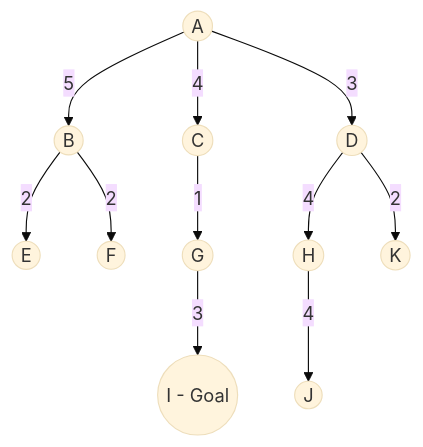
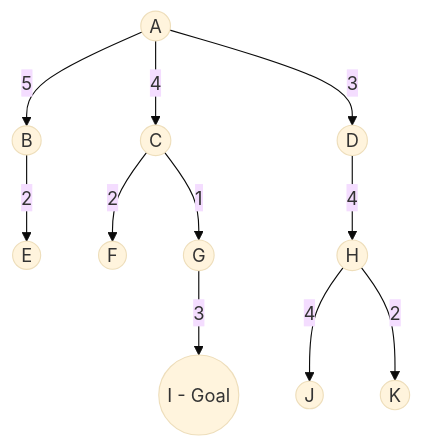
One commit to abokash590/Semester-Final-Preparation- changed the first of 3 diagrams in Questions_2024.md. Above: the diagram before and after it, drawn with Mermaid (base theme). The commit also changed other lines of this file and 24 other files, not shown here.

Commit message:
Fix 2024 search tree diagrams (Q1c and Q7c), bold FOL statements, fix neuron parameter gap, and add 2D Romania map

````diff
--- a/Questions_2024.md
+++ b/Questions_2024.md
@@ -22,13 +22,13 @@
 ```mermaid
 graph TD
     A((A)) -->|5| B((B))
     A -->|4| C((C))
     A -->|3| D((D))
     B -->|2| E((E))
-    B -->|2| F((F))
+    C -->|2| F((F))
     C -->|1| G((G))
+    G -->|3| I((I - Goal))
     D -->|4| H((H))
-    D -->|2| K((K))
-    G -->|3| I((I - Goal))
     H -->|4| J((J))
+    H -->|2| K((K))
 ```
````
